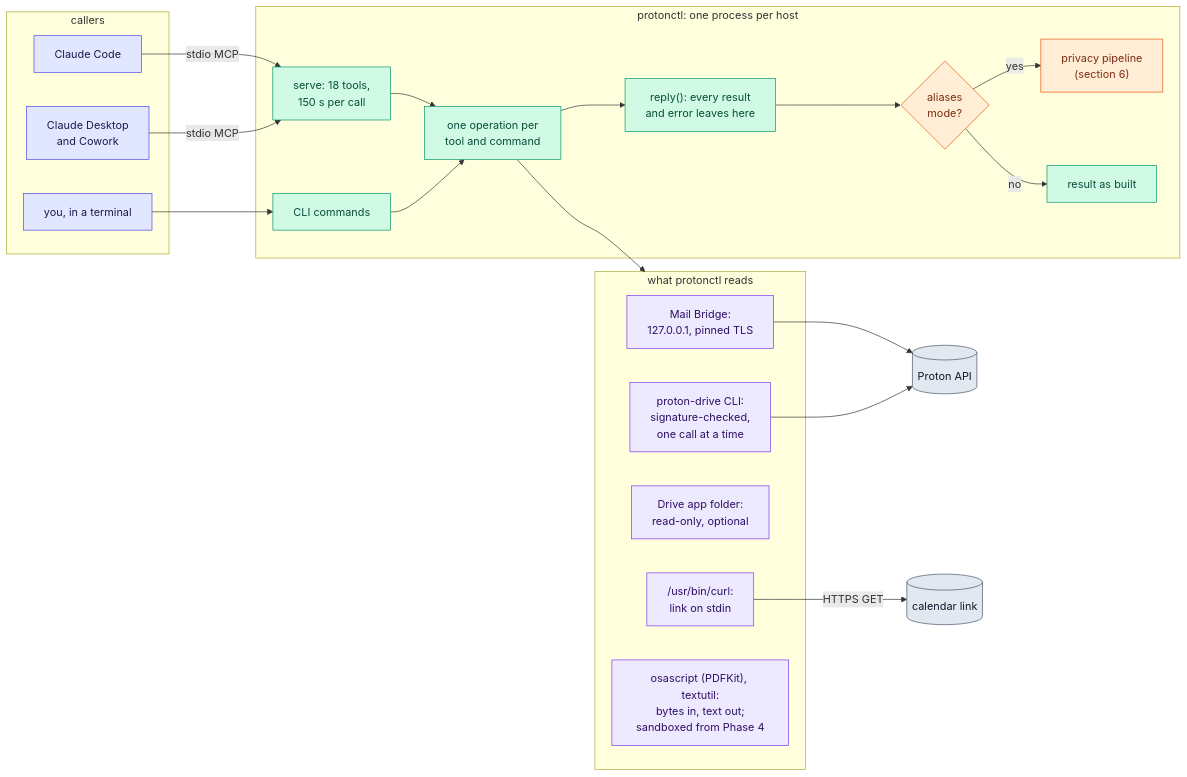
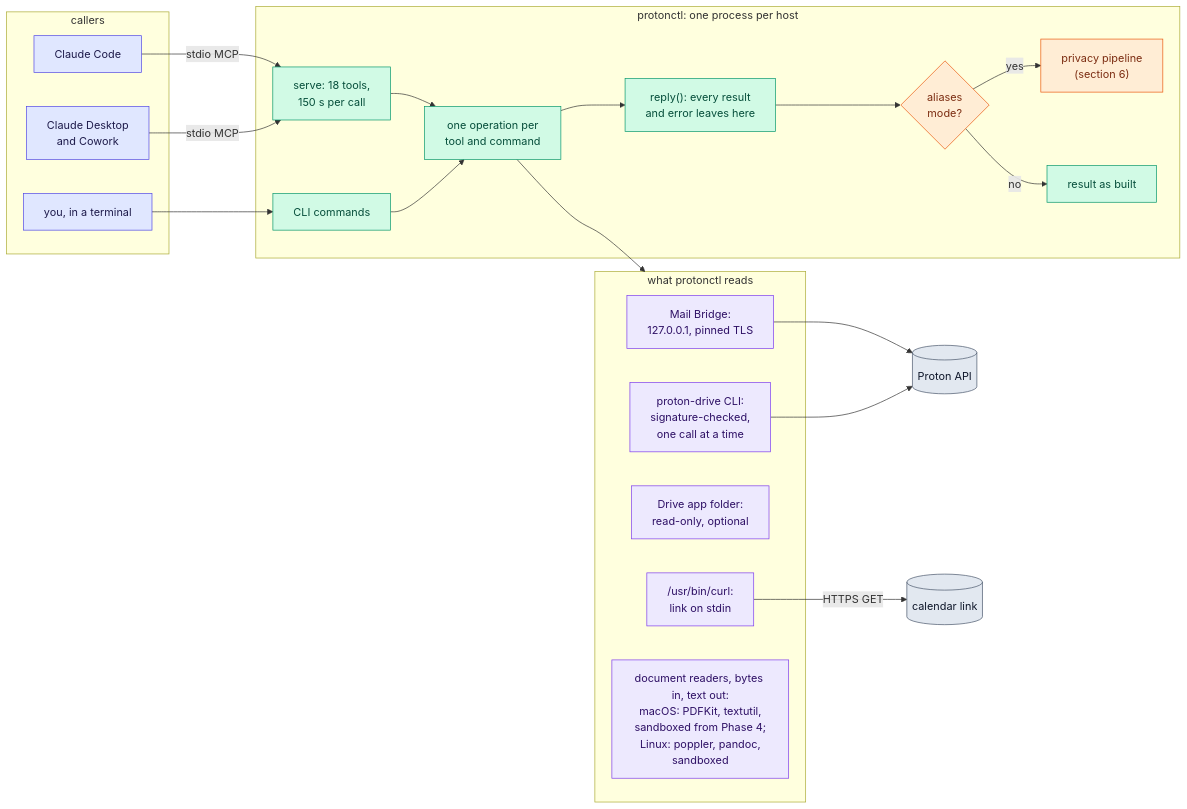
Before and after one commit to matt-w-horn/protonctl: the first of 5 diagrams in docs/rfc-0001/04-design.md, drawn with Mermaid. The commit also changed other lines of this file and 6 other files, not shown here.

````diff
--- a/docs/rfc-0001/04-design.md
+++ b/docs/rfc-0001/04-design.md
@@ -7,47 +7,47 @@
 ```mermaid
 flowchart LR
     subgraph callers["callers"]
         CC["Claude Code"]
         CD["Claude Desktop<br/>and Cowork"]
         U["you, in a terminal"]
     end
     subgraph proc["protonctl: one process per host"]
         S["serve: 18 tools,<br/>150 s per call"]
         CMD["CLI commands"]
         OPS["one operation per<br/>tool and command"]
         R["reply(): every result<br/>and error leaves here"]
         PP{"aliases<br/>mode?"}
         PIPE["privacy pipeline<br/>(section 6)"]
         OUT["result as built"]
         S --> OPS
         CMD --> OPS
         OPS --> R --> PP
         PP -->|yes| PIPE
         PP -->|no| OUT
     end
     subgraph reads["what protonctl reads"]
         B["Mail Bridge:<br/>127.0.0.1, pinned TLS"]
         CLI["proton-drive CLI:<br/>signature-checked,<br/>one call at a time"]
         DF["Drive app folder:<br/>read-only, optional"]
         CURL["/usr/bin/curl:<br/>link on stdin"]
-        CONV["osascript (PDFKit), textutil:<br/>bytes in, text out;<br/>sandboxed from Phase 4"]
+        CONV["document readers, bytes in, text out:<br/>macOS: PDFKit, textutil,<br/>sandboxed from Phase 4;<br/>Linux: poppler, pandoc,<br/>sandboxed"]
     end
     CC -->|"stdio MCP"| S
     CD -->|"stdio MCP"| S
     U --> CMD
     OPS --> reads
     B --> API[("Proton API")]
     CLI --> API
     CURL -->|"HTTPS GET"| LINK[("calendar link")]
 
     classDef host fill:#E0E7FF,stroke:#4F46E5,color:#1E1B4B
     classDef core fill:#D1FAE5,stroke:#059669,color:#064E3B
     classDef priv fill:#FFEDD5,stroke:#EA580C,color:#7C2D12
     classDef prot fill:#EDE9FE,stroke:#7C3AED,color:#2E1065
     classDef ext fill:#E2E8F0,stroke:#475569,color:#0F172A
     class CC,CD,U host
     class S,CMD,OPS,R,OUT core
     class PP,PIPE priv
     class B,CLI,DF,CURL,CONV prot
     class API,LINK ext
 ```
````
